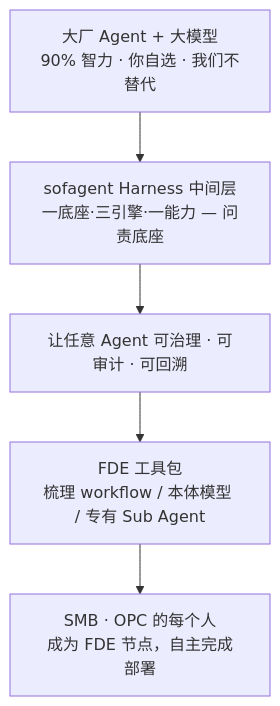
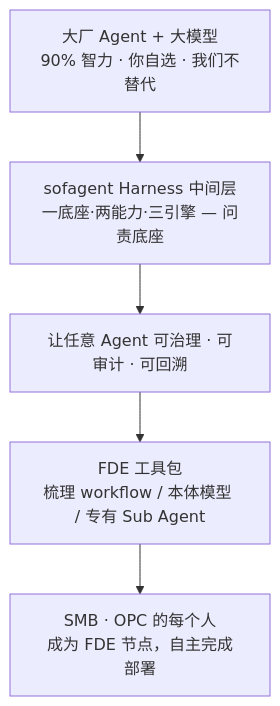
The first of 4 diagrams in docs/ARCHITECTURE.md (KongFangXun/sofagent), drawn with Mermaid before and after one commit. The commit also changed other lines of this file and 8 other files, not shown here.

First line of the commit message:
docs: 统一定位口号为「一底座·两能力·三引擎」

````diff
--- a/docs/ARCHITECTURE.md
+++ b/docs/ARCHITECTURE.md
@@ -12,7 +12,7 @@
 ```mermaid
 graph TD
-    A[大厂 Agent + 大模型<br/>90% 智力 · 你自选 · 我们不替代] --> B[sofagent Harness 中间层<br/>一底座·三引擎·一能力 — 问责底座]
+    A[大厂 Agent + 大模型<br/>90% 智力 · 你自选 · 我们不替代] --> B[sofagent Harness 中间层<br/>一底座·两能力·三引擎 — 问责底座]
     B --> C[让任意 Agent 可治理 · 可审计 · 可回溯]
     C --> D[FDE 工具包<br/>梳理 workflow / 本体模型 / 专有 Sub Agent]
     D --> E[SMB · OPC 的每个人<br/>成为 FDE 节点，自主完成部署]
 ```
````
